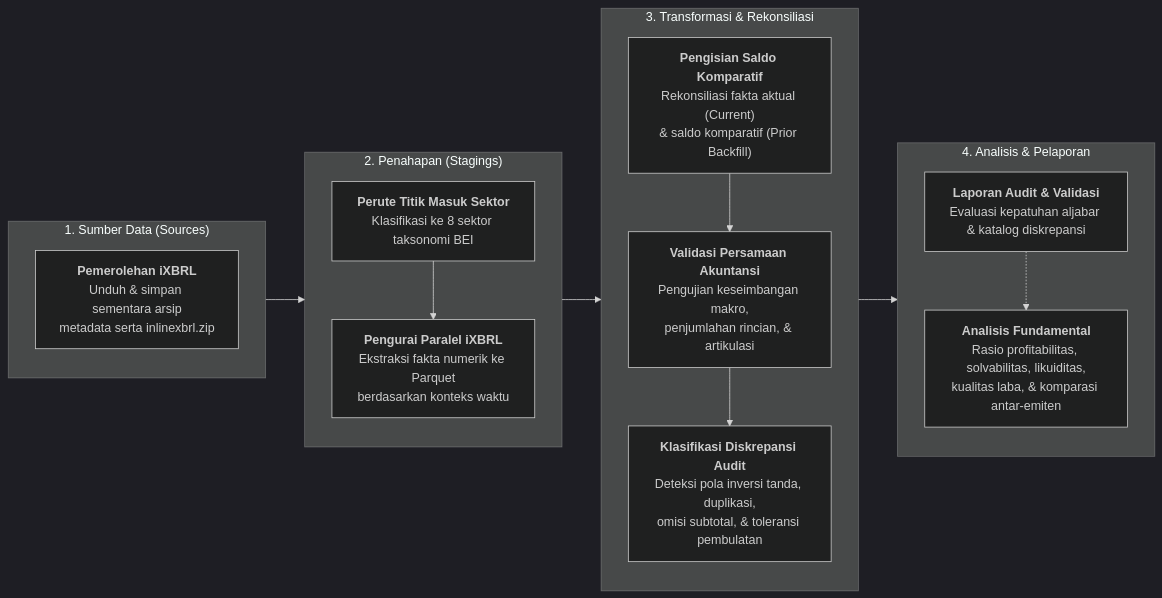
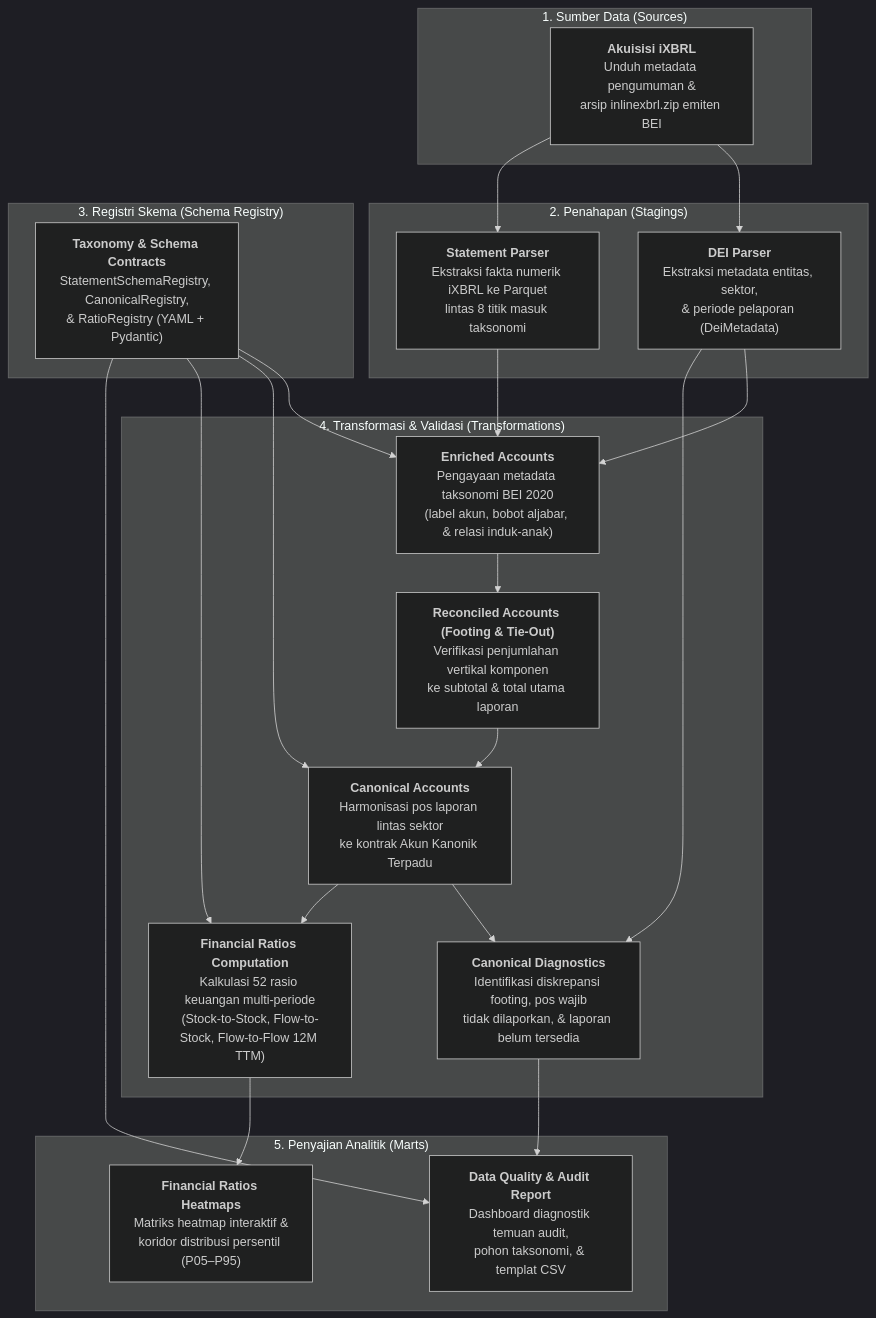
The diagram in README.md (fkrhykal/idx-hamilton), drawn with Mermaid (dark theme) before and after one commit. The commit also changed other lines of this file and 1007 other files, not shown here.

````diff
--- a/README.md
+++ b/README.md
@@ -11,27 +13,44 @@
 ```mermaid
-flowchart LR
-    subgraph L1 ["1. Sumber Data (Sources)"]
-        S1["<b>Pemerolehan iXBRL</b><br/>Unduh & simpan sementara arsip<br/>metadata serta inlinexbrl.zip"]
+flowchart TD
+    subgraph S1 ["1. Sumber Data (Sources)"]
+        SRC["<b>Akuisisi iXBRL</b><br/>Unduh metadata pengumuman &<br/>arsip inlinexbrl.zip emiten BEI"]
     end
 
-    subgraph L2 ["2. Penahapan (Stagings)"]
-        ST1["<b>Perute Titik Masuk Sektor</b><br/>Klasifikasi ke 8 sektor taksonomi BEI"]
-        ST2["<b>Pengurai Paralel iXBRL</b><br/>Ekstraksi fakta numerik ke Parquet<br/>berdasarkan konteks waktu"]
-        ST1 --> ST2
+    subgraph S2 ["2. Penahapan (Stagings)"]
+        DEI["<b>DEI Parser</b><br/>Ekstraksi metadata entitas, sektor,<br/>& periode pelaporan (DeiMetadata)"]
+        STM["<b>Statement Parser</b><br/>Ekstraksi fakta numerik iXBRL ke Parquet<br/>lintas 8 titik masuk taksonomi"]
     end
 
-    subgraph L3 ["3. Transformasi & Rekonsiliasi"]
-        TR1["<b>Pengisian Saldo Komparatif</b><br/>Rekonsiliasi fakta aktual (Current)<br/>& saldo komparatif (Prior Backfill)"]
-        TR2["<b>Validasi Persamaan Akuntansi</b><br/>Pengujian keseimbangan makro,<br/>penjumlahan rincian, & artikulasi"]
-        TR3["<b>Klasifikasi Diskrepansi Audit</b><br/>Deteksi pola inversi tanda, duplikasi,<br/>omisi subtotal, & toleransi pembulatan"]
-        TR1 --> TR2 --> TR3
+    subgraph S3 ["3. Registri Skema (Schema Registry)"]
+        REG["<b>Taxonomy & Schema Contracts</b><br/>StatementSchemaRegistry, CanonicalRegistry,<br/>& RatioRegistry (YAML + Pydantic)"]
     end
 
-    subgraph L4 ["4. Analisis & Pelaporan"]
-        AN1["<b>Laporan Audit & Validasi</b><br/>Evaluasi kepatuhan aljabar & katalog diskrepansi"]
-        AN2["<b>Analisis Fundamental</b><br/>Rasio profitabilitas, solvabilitas, likuiditas,<br/>kualitas laba, & komparasi antar-emiten"]
-        AN1 -.-> AN2
+    subgraph S4 ["4. Transformasi & Validasi (Transformations)"]
+        ENR["<b>Enriched Accounts</b><br/>Pengayaan metadata taksonomi BEI 2020<br/>(label akun, bobot aljabar, & relasi induk-anak)"]
+        VAL["<b>Reconciled Accounts (Footing & Tie-Out)</b><br/>Verifikasi penjumlahan vertikal komponen<br/>ke subtotal & total utama laporan"]
+        CAN["<b>Canonical Accounts</b><br/>Harmonisasi pos laporan lintas sektor<br/>ke kontrak Akun Kanonik Terpadu"]
+        DIAG["<b>Canonical Diagnostics</b><br/>Identifikasi diskrepansi footing, pos wajib<br/>tidak dilaporkan, & laporan belum tersedia"]
+        RAT["<b>Financial Ratios Computation</b><br/>Kalkulasi 52 rasio keuangan multi-periode<br/>(Stock-to-Stock, Flow-to-Stock, Flow-to-Flow 12M TTM)"]
+
+        ENR --> VAL --> CAN
+        CAN --> DIAG
+        CAN --> RAT
     end
 
-    L1 --> L2 --> L3 --> L4
+    subgraph S5 ["5. Penyajian Analitik (Marts)"]
+        M_DQ["<b>Data Quality & Audit Report</b><br/>Dashboard diagnostik temuan audit,<br/>pohon taksonomi, & templat CSV"]
+        M_RAT["<b>Financial Ratios Heatmaps</b><br/>Matriks heatmap interaktif &<br/>koridor distribusi persentil (P05–P95)"]
+    end
+
+    SRC --> DEI
+    SRC --> STM
+    DEI --> ENR
+    STM --> ENR
+    REG --> ENR
+    REG --> CAN
+    REG --> RAT
+    DEI --> DIAG
+    DIAG --> M_DQ
+    REG --> M_DQ
+    RAT --> M_RAT
 ```
````
